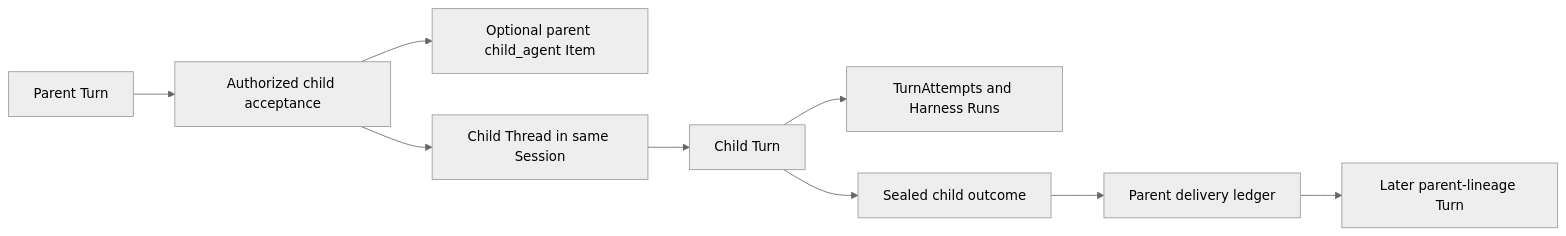
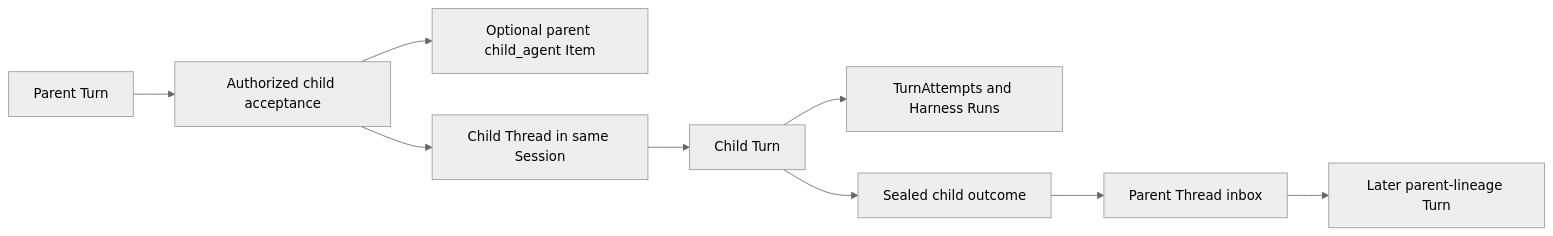
One commit to converge-ai-labs/agent-foundation changed the first of 2 diagrams in spec/foundation-service/18-async-subagents.md. Above: the diagram before and after it, drawn with Mermaid (neutral theme). The commit also changed other lines of this file and 26 other files, not shown here.

````diff
--- a/spec/foundation-service/18-async-subagents.md
+++ b/spec/foundation-service/18-async-subagents.md
@@ -15,11 +18,11 @@
 ```mermaid
 flowchart LR
     Parent[Parent Turn] --> Spawn[Authorized child acceptance]
     Spawn --> ParentItem[Optional parent child_agent Item]
     Spawn --> ChildThread[Child Thread in same Session]
     ChildThread --> Child[Child Turn]
     Child --> Attempts[TurnAttempts and Harness Runs]
     Child --> Frozen[Sealed child outcome]
-    Frozen --> Delivery[Parent delivery ledger]
+    Frozen --> Delivery[Parent Thread inbox]
     Delivery --> Successor[Later parent-lineage Turn]
 ```
````
